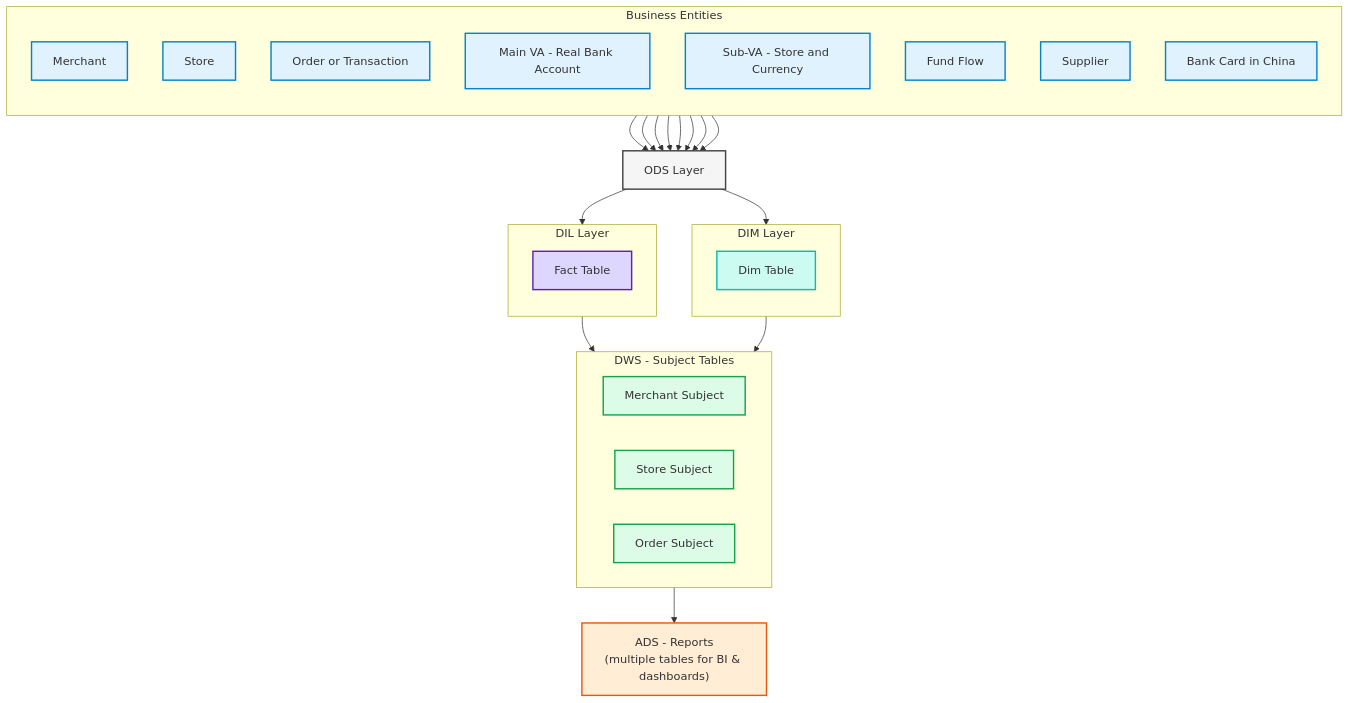
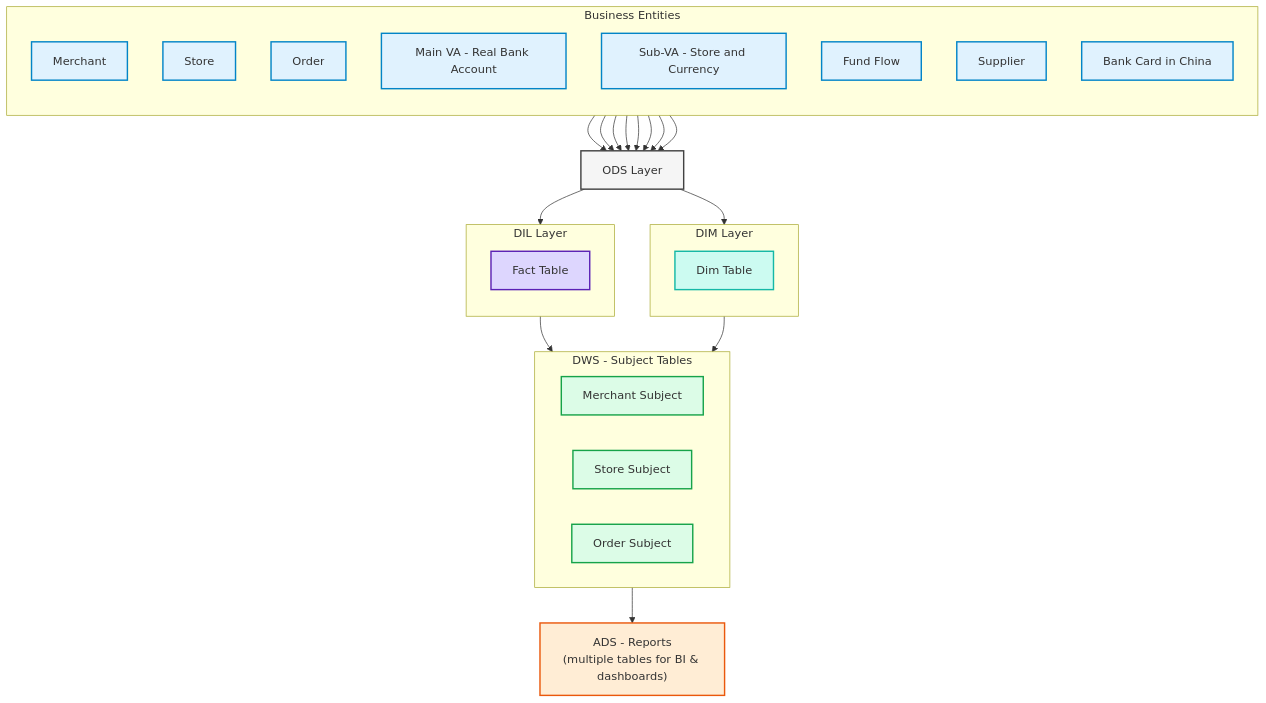
One commit to blaire101/data-warehouse-solutions changed the diagram in DW-QA.md. Above: the diagram before and after it, drawn with Mermaid. The commit also changed other lines of this file, not shown here.

````diff
--- a/DW-QA.md
+++ b/DW-QA.md
@@ -48,66 +36,66 @@
 ```mermaid
 flowchart TB
   %% ============ Business Entities ============
   subgraph BIZ["Business Entities"]
     direction TB
     M[Merchant]:::biz
     S[Store]:::biz
-    O[Order or Transaction]:::biz
+    O[Order]:::biz
     VAM[Main VA - Real Bank Account]:::biz
     VAS[Sub-VA - Store and Currency]:::biz
     FF[Fund Flow]:::biz
     SUP[Supplier]:::biz
     CNBK[Bank Card in China]:::biz
   end
 
   %% ============ ODS ============
   ODS[ODS Layer]:::ods
 
   %% ============ DIL ============
   subgraph DIL["DIL Layer"]
     direction TB
     FACT[Fact Table]:::fact
   end
 
   %% ============ DIM ============
   subgraph DIM["DIM Layer"]
     direction TB
     DIM_T[Dim Table]:::dim
   end
 
   %% ============ DWS ============
   subgraph DWS["DWS - Subject Tables"]
     direction LR
     DWS_M[Merchant Subject]:::dws
     DWS_S[Store Subject]:::dws
     DWS_O[Order Subject]:::dws
   end
 
   %% ============ ADS ============
   ADS["ADS - Reports\n(multiple tables for BI & dashboards)"]:::ads
 
   %% ============ Mappings ============
   M-->ODS
   S-->ODS
   O-->ODS
   VAM-->ODS
   VAS-->ODS
   FF-->ODS
   SUP-->ODS
   CNBK-->ODS
 
   ODS-->DIL
   ODS-->DIM
   DIL-->DWS
   DIM-->DWS
   DWS-->ADS
 
   %% ============ Styles ============
   classDef biz fill:#e0f2fe,stroke:#0284c7,stroke-width:2px,color:#075985;   %% light blue
   classDef ods fill:#f5f5f5,stroke:#424242,stroke-width:2px,color:#212121;   %% gray
   classDef dil fill:#ede9fe,stroke:#7c3aed,stroke-width:2px,color:#4c1d95;   %% purple
   classDef fact fill:#ddd6fe,stroke:#5b21b6,stroke-width:2px,color:#3730a3; %% darker purple
   classDef dim fill:#ccfbf1,stroke:#14b8a6,stroke-width:2px,color:#0f766e;  %% teal
   classDef dws fill:#dcfce7,stroke:#16a34a,stroke-width:2px,color:#166534;  %% green
   classDef ads fill:#ffedd5,stroke:#ea580c,stroke-width:2px,color:#7c2d12;  %% orange
 ```
````
